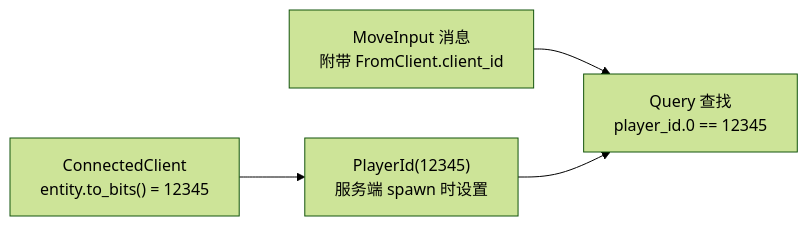
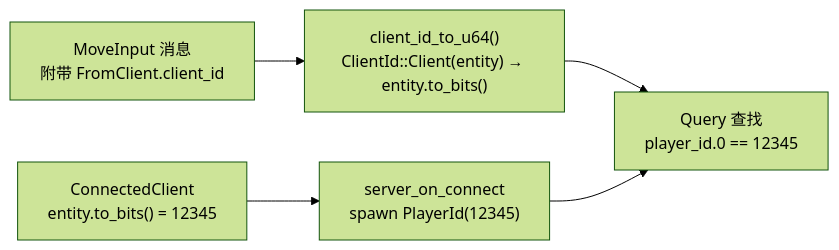
Before and after one commit to kindywu/simple_bevy: the fifth of 5 diagrams in LEARN.md, drawn with Mermaid (forest theme). The commit also changed other lines of this file, not shown here.

````diff
--- a/LEARN.md
+++ b/LEARN.md
@@ -363,11 +1704,13 @@
 ```mermaid
 graph LR
     CE["ConnectedClient<br/>entity.to_bits() = 12345"]
-    PID["PlayerId(12345)<br/>服务端 spawn 时设置"]
+    SPAWN["server_on_connect<br/>spawn PlayerId(12345)"]
     MSG["MoveInput 消息<br/>附带 FromClient.client_id"]
+    MAP["client_id_to_u64()<br/>ClientId::Client(entity) → entity.to_bits()"]
     Q["Query 查找<br/>player_id.0 == 12345"]
 
-    CE --> PID
-    MSG --> Q
-    PID --> Q
+    CE --> SPAWN
+    MSG --> MAP
+    MAP --> Q
+    SPAWN --> Q
 ```
````
